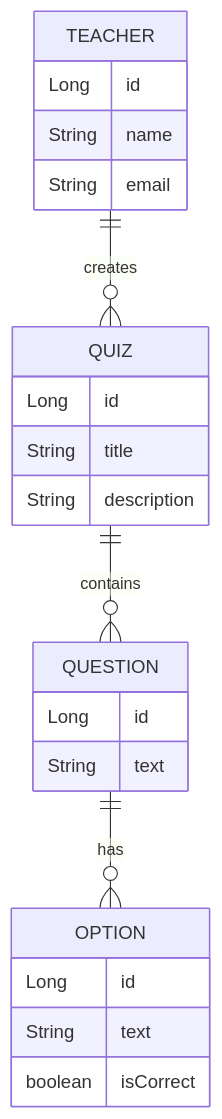
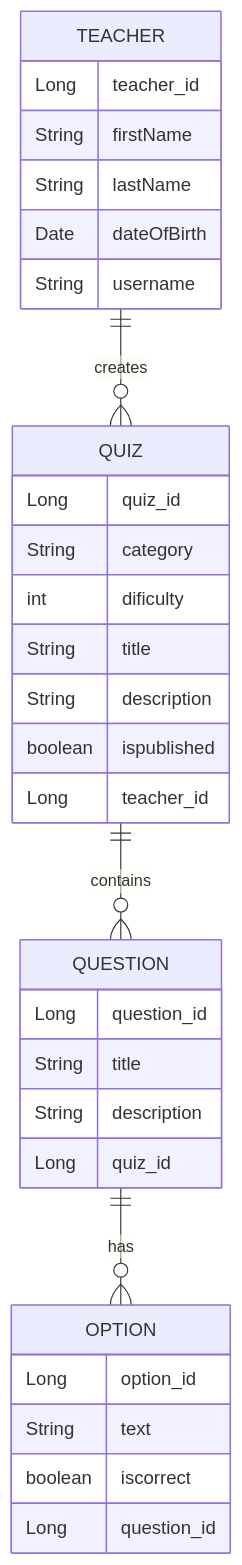
Before and after one commit to Triplatuomas-Co/quizzer: the diagram in README.md, drawn with Mermaid.

Commit message:
Updated README.md Entity Relationship Diagram to match the Real Entities

````diff
--- a/README.md
+++ b/README.md
@@ -69,29 +69,38 @@
 ```mermaid
 erDiagram
     TEACHER ||--o{ QUIZ : creates
     QUIZ ||--o{ QUESTION : contains
     QUESTION ||--o{ OPTION : has
 
     TEACHER {
-        Long id
-        String name
-        String email
+        Long teacher_id
+        String firstName
+        String lastName
+        Date dateOfBirth
+        String username
     }
 
     QUIZ {
-        Long id
+        Long quiz_id
+        String category
+        int dificulty
         String title
         String description
+        boolean ispublished
+        Long teacher_id
     }
 
     QUESTION {
-        Long id
-        String text
+        Long question_id
+        String title
+        String description
+        Long quiz_id
     }
 
     OPTION {
-        Long id
+        Long option_id
         String text
-        boolean isCorrect
+        boolean iscorrect
+        Long question_id
     }
 ```
````
